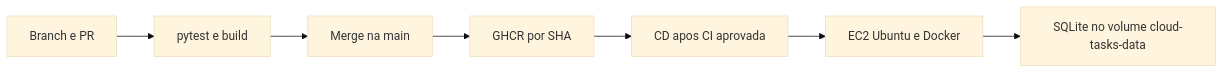
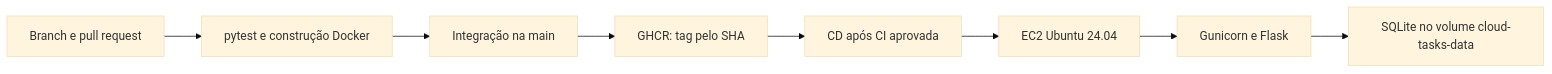
The diagram in docs/RELATORIO.md (bingxyi/cloud-pipeline-aws), drawn with Mermaid (base theme) before and after one commit. The commit also changed other lines of this file and 11 other files, not shown here.

````diff
--- a/docs/RELATORIO.md
+++ b/docs/RELATORIO.md
@@ -18,9 +32,10 @@
 ```mermaid
 flowchart LR
-    PR[Branch e PR] --> CI[pytest e build]
-    CI --> MAIN[Merge na main]
-    MAIN --> GHCR[GHCR por SHA]
-    GHCR --> CD[CD apos CI aprovada]
-    CD --> EC2[EC2 Ubuntu e Docker]
-    EC2 --> DB[SQLite no volume cloud-tasks-data]
+    PR[Branch e pull request] --> CI[pytest e construção Docker]
+    CI --> MAIN[Integração na main]
+    MAIN --> REG[GHCR: tag pelo SHA]
+    REG --> CD[CD após CI aprovada]
+    CD --> HOST[EC2 Ubuntu 24.04]
+    HOST --> API[Gunicorn e Flask]
+    API --> VOL[SQLite no volume cloud-tasks-data]
 ```
````
